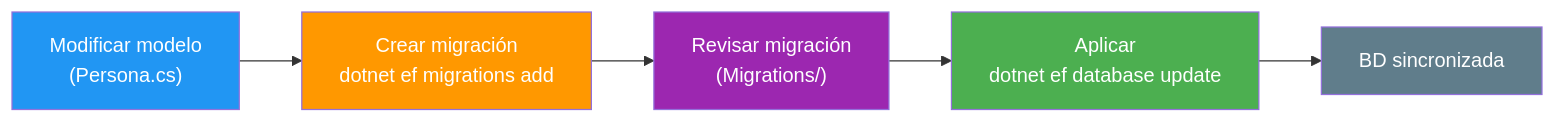
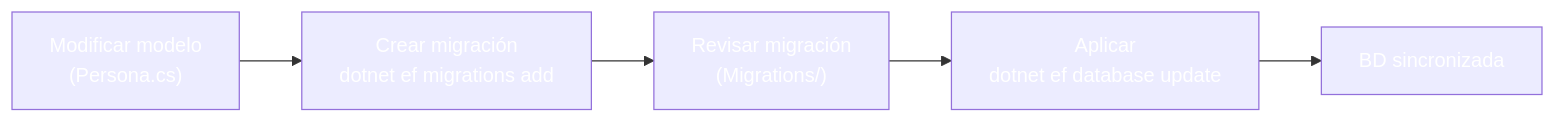
Before and after one commit to joseluisgs/DesarrolloWebEntornosServidor-01-2026-2027: the second of 2 diagrams in 20-entity-framework-core.md, drawn with Mermaid. The commit also changed other lines of this file and 66 other files, not shown here.

First line of the commit message:
fix: normalizar titulos al castellano de frase y corregir la paleta de mermaid

````diff
--- a/20-entity-framework-core.md
+++ b/20-entity-framework-core.md
@@ -560,13 +560,13 @@
 ```mermaid
 graph LR
     A["Modificar modelo<br/>(Persona.cs)"] --> B["Crear migración<br/>dotnet ef migrations add"]
     B --> C["Revisar migración<br/>(Migrations/)"]
     C --> D["Aplicar<br/>dotnet ef database update"]
     D --> E["BD sincronizada"]
 
-    style A fill:#2196F3,color:#fff
-    style B fill:#FF9800,color:#fff
-    style C fill:#9C27B0,color:#fff
-    style D fill:#4CAF50,color:#fff
-    style E fill:#607D8B,color:#fff
+    style A fill:#2196F,color:#fff3,color:#fff
+    style B fill:#FF980,color:#fff0,color:#fff
+    style C fill:#9C27B,color:#fff0,color:#fff
+    style D fill:#4CAF5,color:#fff0,color:#fff
+    style E fill:#607D8,color:#fffB,color:#fff
 ```
````
